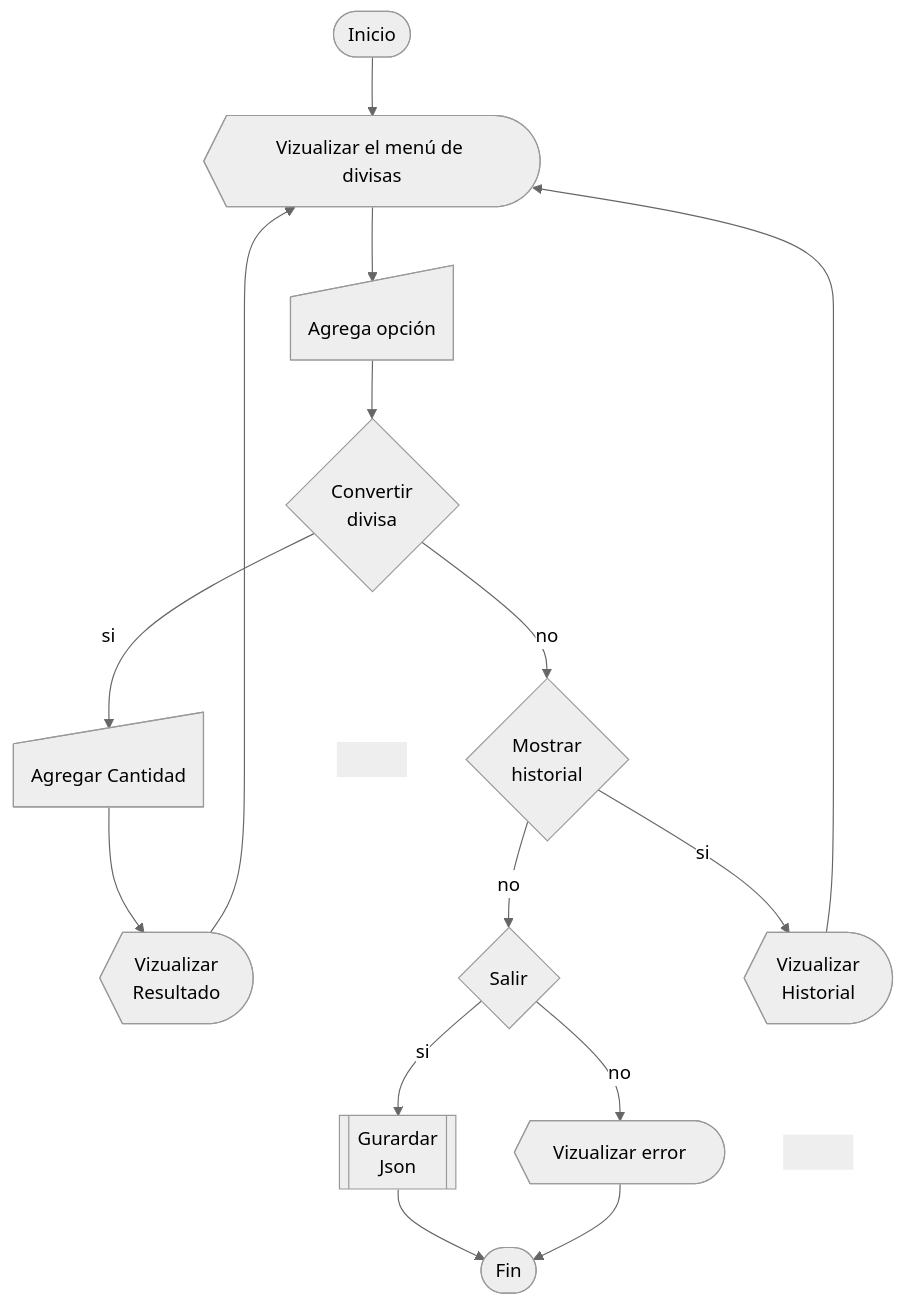
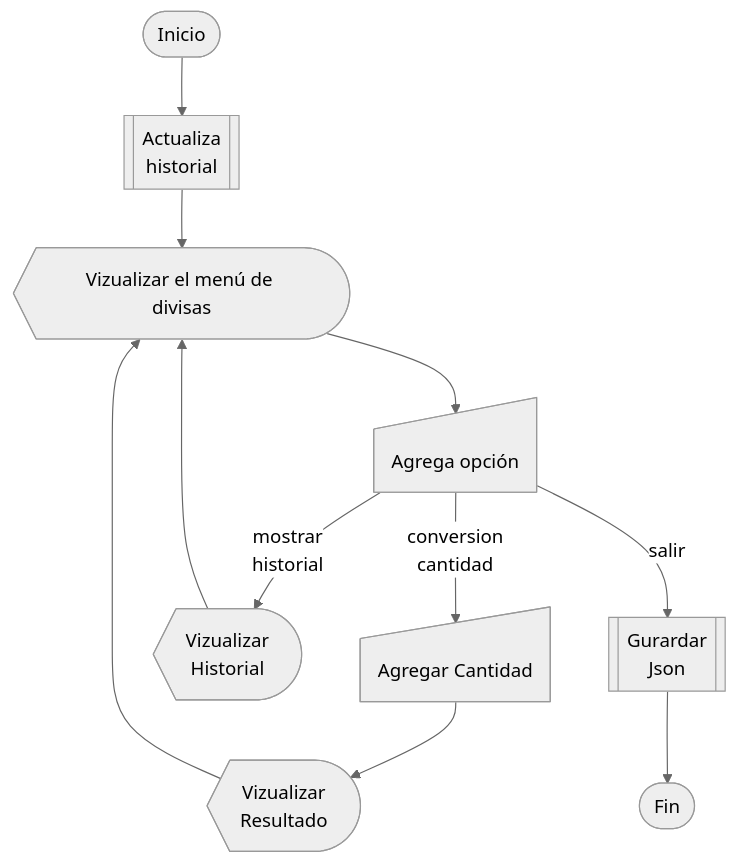
One commit to AdooRB/ChallengeConvertidorMoneda_AluraLatam changed the diagram in README.md. Above: the diagram before and after it, drawn with Mermaid (neutral theme).

Commit message:
actualiza Diagrama de Flujo

````diff
--- a/README.md
+++ b/README.md
@@ -122,32 +122,25 @@
 ```mermaid
 flowchart TD
-    Inicio(["Inicio"]) --> Menu["Vizualizar el menú de divisas"]
-    Menu --> elegir["Agrega opción"]
-    elegir --> conversion{"Convertir 
-        divisa"}
-    conversion -- si --> cantidad["Agregar Cantidad"]
-    conversion -- no --> historial{"Mostrar 
-        historial"}
+    Inicio(["Inicio"]) --> actualiza("Actualiza 
+    historial")
+    actualiza -->Menu["Vizualizar el menú de divisas"]
+    Menu--> elegir["Agrega opción"]
+    elegir -- conversion
+    cantidad--> cantidad["Agregar Cantidad"]
     cantidad --> resultado["Vizualizar <br>Resultado"]
     resultado --> Menu
-    historial -- si --> mhistorial["Vizualizar <br>Historial"]
-    historial -- no --> salir{"Salir"}
+    elegir -- mostrar
+    historial--> mhistorial["Vizualizar <br>Historial"]
     mhistorial --> Menu
-    salir -- si --> guardar("Gurardar
+    elegir -- salir--> guardar("Gurardar
     Json")
     guardar --> Fin(["Fin"])
-    salir -- no --> error["Vizualizar error"]
-    error --> Fin
-    conversion ~~~ n1[" "]
-    mhistorial ~~~ n2[" "]
+
     Menu@{ shape: curv-trap}
-
     elegir@{ shape: manual-input}
     cantidad@{ shape: manual-input}
     guardar@{ shape: framed-rectangle}
     resultado@{ shape: curv-trap}
     mhistorial@{ shape: curv-trap}
-    error@{ shape: curv-trap}
-    style n1 stroke:none
-    style n2 stroke:none
+    actualiza@{ shape: framed-rectangle}
 ```
````
